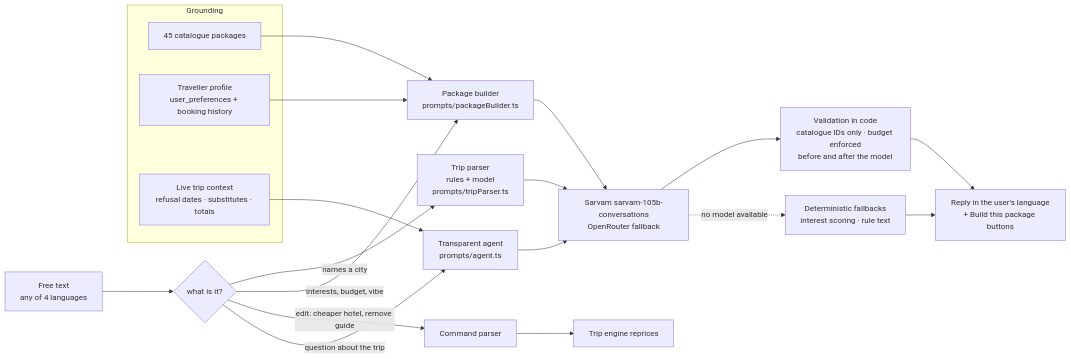
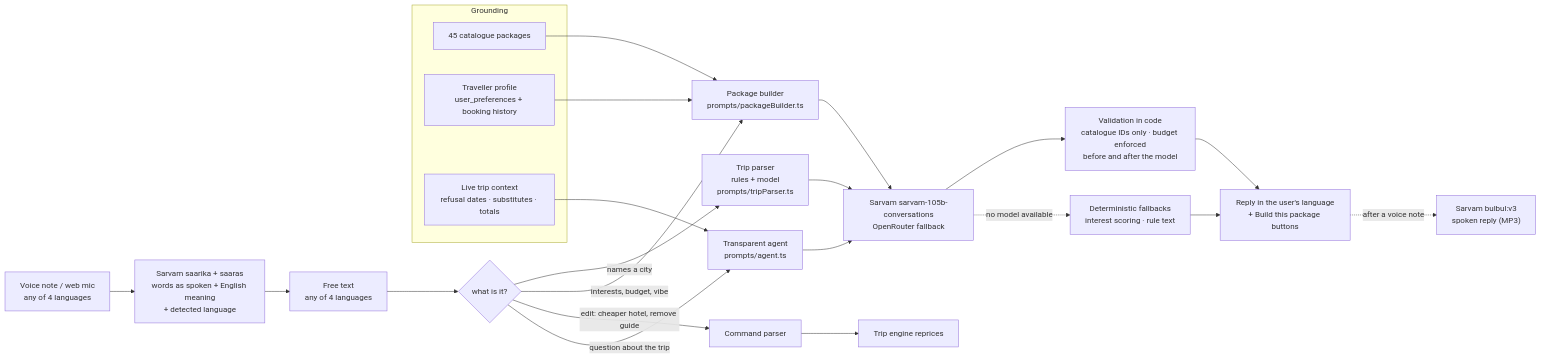
The sixth of 9 diagrams in docs/ARCHITECTURE.md (siddhartha0132/packagepro-best), drawn with Mermaid before and after one commit. The commit also changed other lines of this file and 13 other files, not shown here.

Commit message:
Rate limits on paid AI endpoints (web per IP, Telegram per chat, daily totals); bot runs only on the deployed server by default; docs for voice, limits and the demo

````diff
--- a/docs/ARCHITECTURE.md
+++ b/docs/ARCHITECTURE.md
@@ -156,22 +156,25 @@
 ```mermaid
 flowchart LR
+  VOICE["Voice note / web mic<br/>any of 4 languages"] --> HEAR["Sarvam saarika + saaras<br/>words as spoken + English meaning<br/>+ detected language"]
+  HEAR --> TXT
   TXT["Free text<br/>any of 4 languages"] --> ROUTE{"what is it?"}
   ROUTE -- "names a city" --> PARSE["Trip parser<br/>rules + model<br/>prompts/tripParser.ts"]
   ROUTE -- "interests, budget, vibe" --> BUILD["Package builder<br/>prompts/packageBuilder.ts"]
   ROUTE -- "edit: cheaper hotel, remove guide" --> CMD["Command parser"]
   ROUTE -- "question about the trip" --> AGENT["Transparent agent<br/>prompts/agent.ts"]
   subgraph Grounding
     CAT["45 catalogue packages"]
     PROF["Traveller profile<br/>user_preferences + booking history"]
     LIVE["Live trip context<br/>refusal dates · substitutes · totals"]
   end
   CAT --> BUILD
   PROF --> BUILD
   LIVE --> AGENT
   PARSE & BUILD & AGENT --> LLM["Sarvam sarvam-105b-conversations<br/>OpenRouter fallback"]
   LLM --> VAL["Validation in code<br/>catalogue IDs only · budget enforced<br/>before and after the model"]
   CMD --> ENG["Trip engine reprices"]
   VAL --> OUT["Reply in the user's language<br/>+ Build this package buttons"]
   LLM -. "no model available" .-> FB["Deterministic fallbacks<br/>interest scoring · rule text"]
   FB --> OUT
+  OUT -. "after a voice note" .-> SPEAK["Sarvam bulbul:v3<br/>spoken reply (MP3)"]
 ```
````
